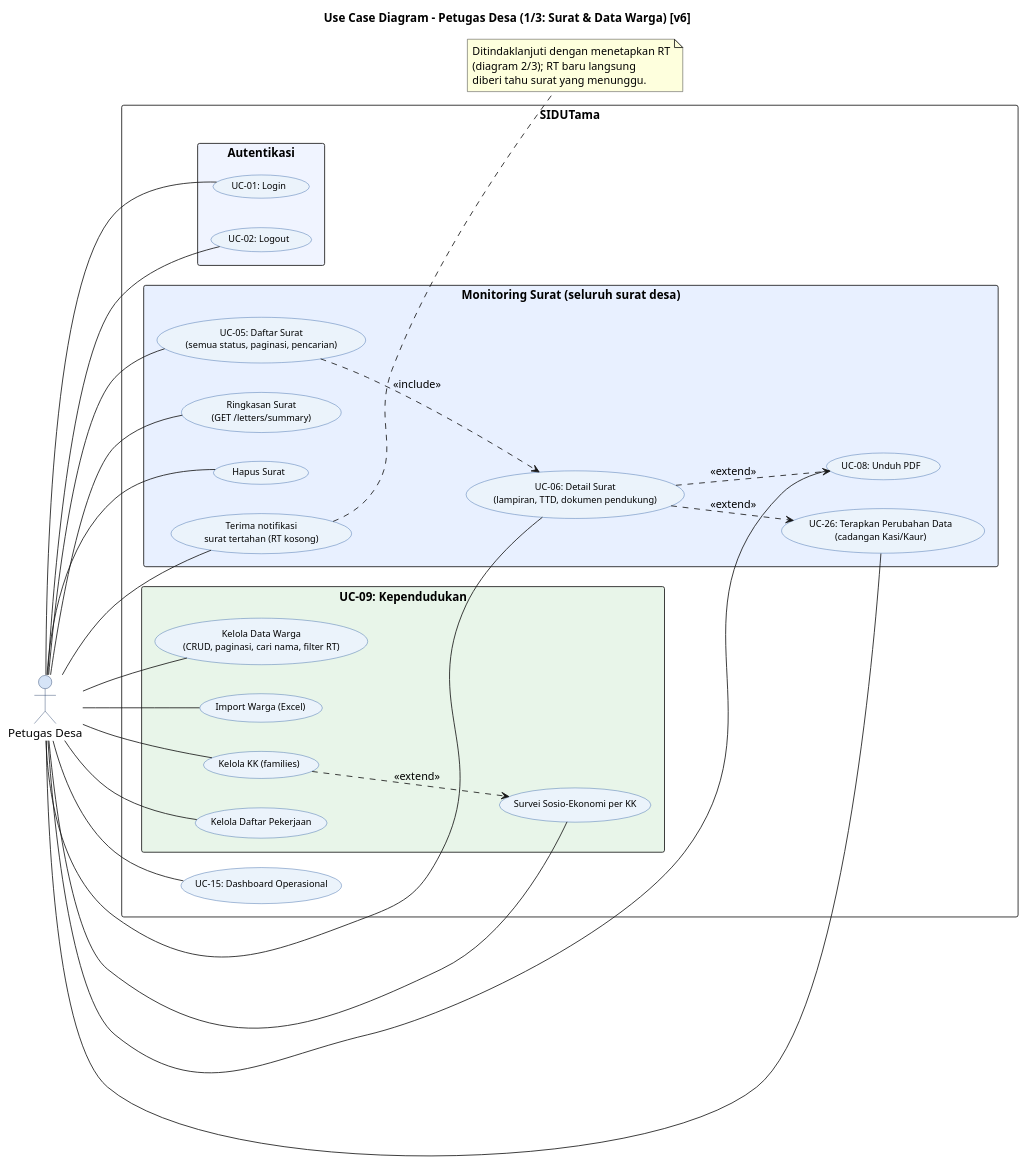
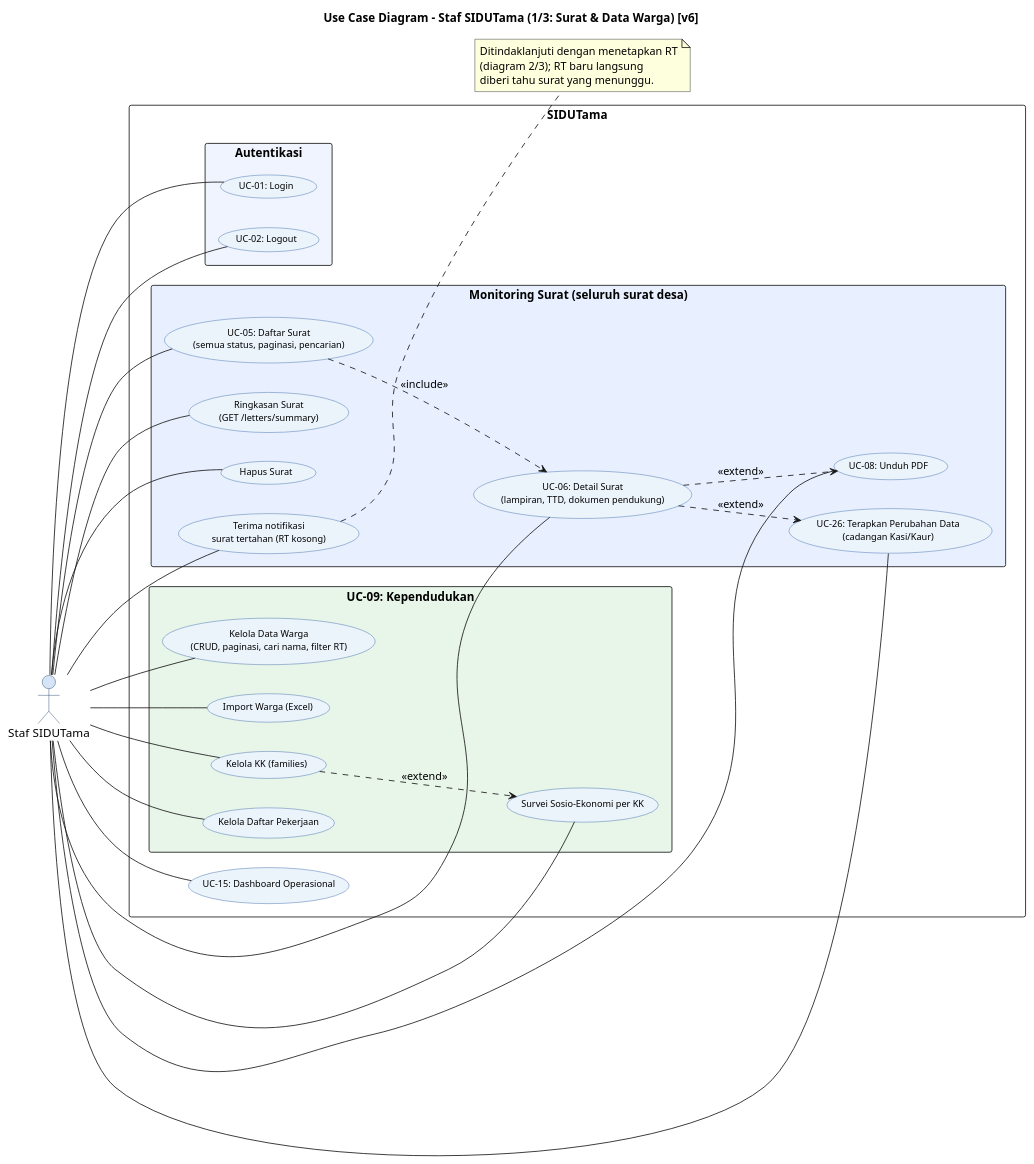
Before and after one commit to Vextronode/sid-app: the diagram in docs/diagram/code/usecase/02_UC_PetugasDesa_SuratWarga_v6.puml, drawn with PlantUML. The commit also changed other lines of this file and 458 other files, not shown here.

```diff
--- a/docs/diagram/code/usecase/02_UC_PetugasDesa_SuratWarga_v6.puml
+++ b/docs/diagram/code/usecase/02_UC_PetugasDesa_SuratWarga_v6.puml
@@ -8,68 +8,68 @@
 @startuml UC_PetugasDesa_Surat_v6
 left to right direction
 skinparam packageStyle rectangle
 skinparam backgroundColor #FFFFFF
 skinparam usecase {
   BackgroundColor #EBF3FB
   BorderColor #2E5FA3
   FontName Arial
   FontSize 11
 }
 skinparam actor {
   BackgroundColor #D6E4F7
   BorderColor #1F3864
 }
-title Use Case Diagram - Petugas Desa (1/3: Surat & Data Warga) [v6]
+title Use Case Diagram - Staf SIDUTama (1/3: Surat & Data Warga) [v6]
 
-actor "Petugas Desa" as PD
+actor "Staf SIDUTama" as PD
 
 rectangle "SIDUTama" {
   rectangle "Autentikasi" #F0F4FF {
     usecase "UC-01: Login" as UC_LOGIN
     usecase "UC-02: Logout" as UC_LOGOUT
   }
   rectangle "Monitoring Surat (seluruh surat desa)" #E8F0FF {
     usecase "UC-05: Daftar Surat\n(semua status, paginasi, pencarian)" as UC_LIST
     usecase "Ringkasan Surat\n(GET /letters/summary)" as UC_SUM
     usecase "UC-06: Detail Surat\n(lampiran, TTD, dokumen pendukung)" as UC_DETAIL
     usecase "UC-08: Unduh PDF" as UC_DL
     usecase "Hapus Surat" as UC_DEL
     usecase "UC-26: Terapkan Perubahan Data\n(cadangan Kasi/Kaur)" as UC_FULFILL
     usecase "Terima notifikasi\nsurat tertahan (RT kosong)" as UC_VACANT
   }
   rectangle "UC-09: Kependudukan" #E8F5E9 {
     usecase "Kelola Data Warga\n(CRUD, paginasi, cari nama, filter RT)" as UC_CIT
     usecase "Import Warga (Excel)" as UC_IMPORT
     usecase "Kelola KK (families)" as UC_FAM
     usecase "Survei Sosio-Ekonomi per KK" as UC_FSE
     usecase "Kelola Daftar Pekerjaan" as UC_OCC
   }
   usecase "UC-15: Dashboard Operasional" as UC_DASH
 }
 
 PD -- UC_LOGIN
 PD -- UC_LOGOUT
 PD -- UC_LIST
 PD -- UC_SUM
 PD -- UC_DETAIL
 PD -- UC_DL
 PD -- UC_DEL
 PD -- UC_FULFILL
 PD -- UC_VACANT
 PD -- UC_CIT
 PD -- UC_IMPORT
 PD -- UC_FAM
 PD -- UC_FSE
 PD -- UC_OCC
 PD -- UC_DASH
 UC_LIST ..> UC_DETAIL : <<include>>
 UC_DETAIL ..> UC_DL : <<extend>>
 UC_DETAIL ..> UC_FULFILL : <<extend>>
 UC_FAM ..> UC_FSE : <<extend>>
 
 note right of UC_VACANT
   Ditindaklanjuti dengan menetapkan RT
   (diagram 2/3); RT baru langsung
   diberi tahu surat yang menunggu.
 end note
 @enduml
```
